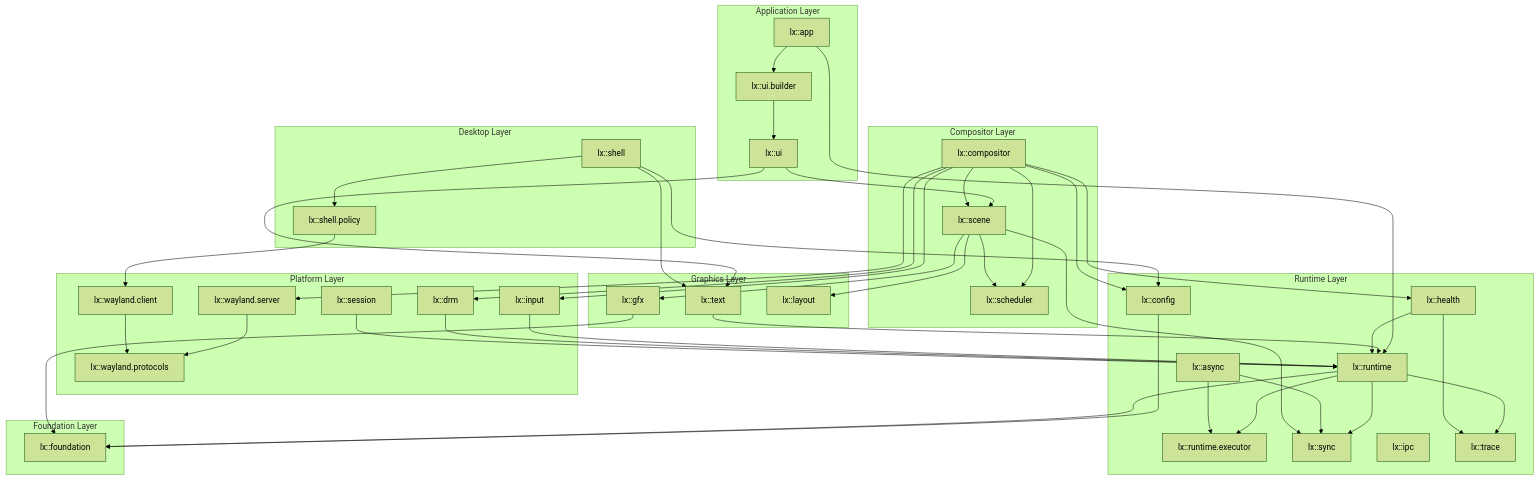
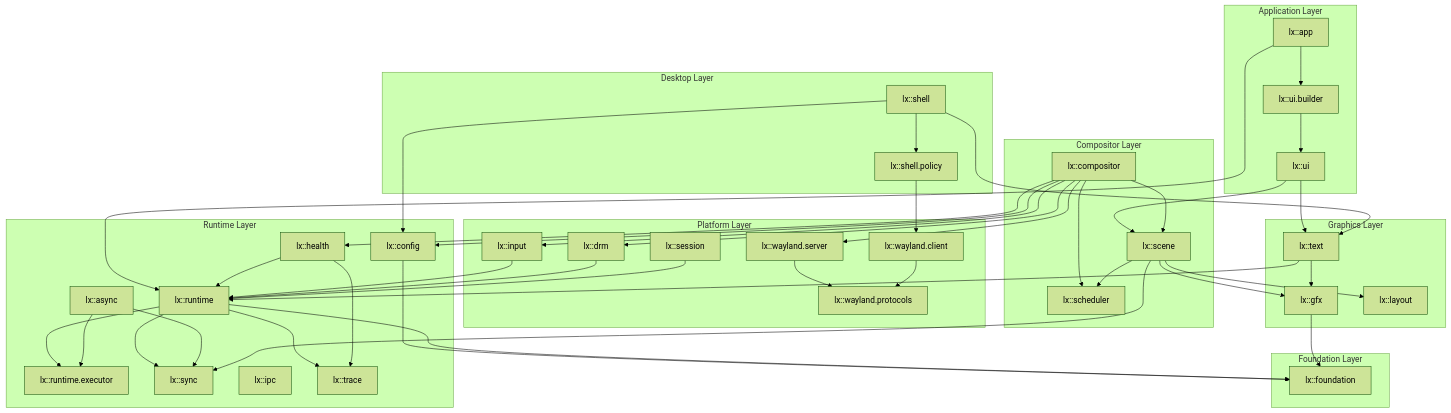
Before and after one commit to dimmus/lumen: the diagram in docs/uml/01-package-layers.mmd, drawn with Mermaid (forest theme). The commit also changed 15 other files, not shown here.

```diff
--- a/docs/uml/01-package-layers.mmd
+++ b/docs/uml/01-package-layers.mmd
@@ -1,84 +1,85 @@
 flowchart TB
     subgraph Apps["Application Layer"]
         APP["lx::app"]
         UI["lx::ui"]
         UIB["lx::ui.builder"]
     end
 
     subgraph Desktop["Desktop Layer"]
         SHELL["lx::shell"]
         POLICY["lx::shell.policy"]
     end
 
     subgraph Compositing["Compositor Layer"]
         COMP["lx::compositor"]
         SCENE["lx::scene"]
         SCHED["lx::scheduler"]
     end
 
     subgraph Graphics["Graphics Layer"]
         GFX["lx::gfx"]
         TEXT["lx::text"]
         LAYOUT["lx::layout"]
     end
 
     subgraph Platform["Platform Layer"]
         WLS["lx::wayland.server"]
         WLC["lx::wayland.client"]
         WLPROT["lx::wayland.protocols"]
         INPUT["lx::input"]
         SESSION["lx::session"]
         DRM["lx::drm"]
     end
 
     subgraph Runtime["Runtime Layer"]
         RT["lx::runtime"]
         EXEC["lx::runtime.executor"]
         SYNC["lx::sync"]
         IPC["lx::ipc"]
         ASYNC["lx::async"]
         TRACE["lx::trace"]
         HEALTH["lx::health"]
         CONFIG["lx::config"]
     end
 
     subgraph Foundation["Foundation Layer"]
         FOUND["lx::foundation"]
     end
 
     APP --> UIB
     APP --> RT
     UI --> SCENE
     UI --> TEXT
     UIB --> UI
     SHELL --> POLICY
     SHELL --> TEXT
     POLICY --> WLC
     COMP --> WLS
     COMP --> SCENE
     COMP --> SCHED
     COMP --> INPUT
     COMP --> DRM
     COMP --> HEALTH
     COMP --> CONFIG
     SHELL --> CONFIG
     SCENE --> GFX
     SCENE --> LAYOUT
     SCENE --> SCHED
     WLS --> WLPROT
     WLC --> WLPROT
     INPUT --> RT
     DRM --> RT
     SESSION --> RT
     GFX --> FOUND
     TEXT --> RT
+    TEXT --> GFX
     RT --> EXEC
     RT --> SYNC
     RT --> TRACE
     HEALTH --> RT
     HEALTH --> TRACE
     CONFIG --> FOUND
     ASYNC --> SYNC
     ASYNC --> EXEC
     SCENE --> SYNC
     RT --> FOUND
```
